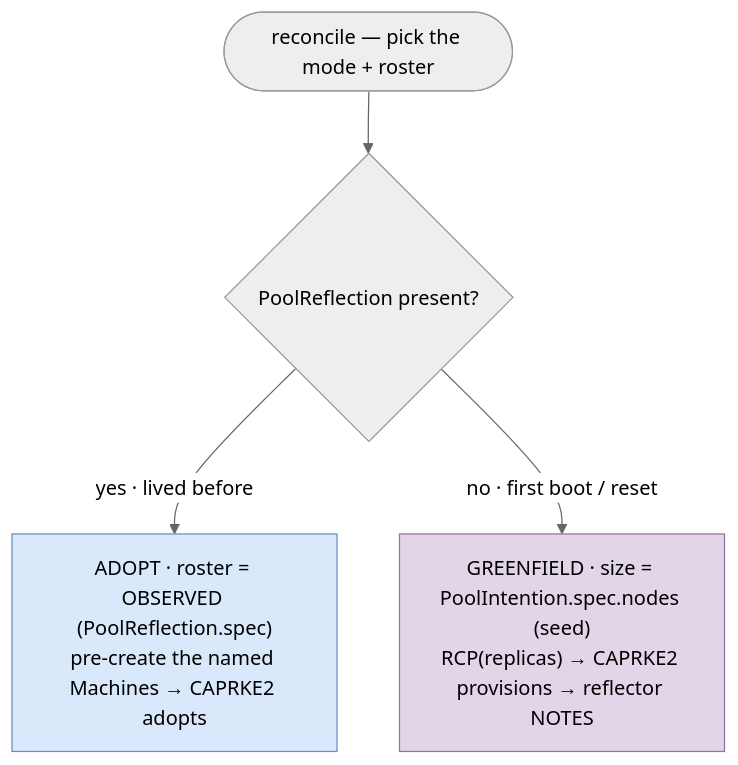
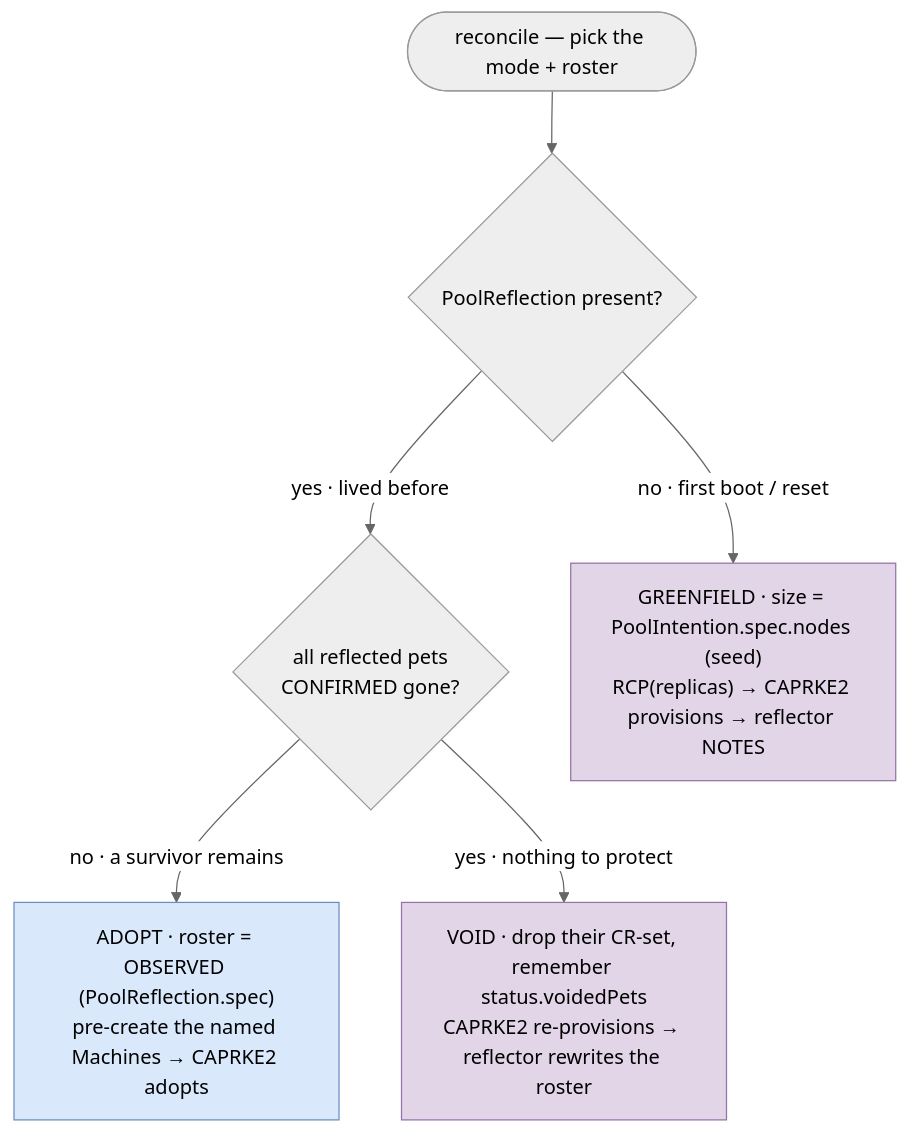
Before and after one commit to seedmatic/rke2lab: the tenth of 12 diagrams in docs/architecture/cluster-api/cluster-seeding-controller.adoc, drawn with Mermaid (neutral theme). The commit also changed other lines of this file and 3 other files, not shown here.

```diff
--- a/docs/architecture/cluster-api/cluster-seeding-controller.adoc
+++ b/docs/architecture/cluster-api/cluster-seeding-controller.adoc
@@ -1004,9 +1073,11 @@
 [mermaid,cluster-seeding-roster-precedence,svg]
 ----
 flowchart TD
   start(["reconcile — pick the mode + roster"]) --> q{"PoolReflection present?"}
-  q -->|"yes · lived before"| refl["ADOPT · roster = OBSERVED (PoolReflection.spec)<br/>pre-create the named Machines → CAPRKE2 adopts"]:::code
+  q -->|"yes · lived before"| gone{"all reflected pets<br/>CONFIRMED gone?"}
   q -->|"no · first boot / reset"| seed["GREENFIELD · size = PoolIntention.spec.nodes (seed)<br/>RCP(replicas) → CAPRKE2 provisions → reflector NOTES"]:::src
+  gone -->|"no · a survivor remains"| refl["ADOPT · roster = OBSERVED (PoolReflection.spec)<br/>pre-create the named Machines → CAPRKE2 adopts"]:::code
+  gone -->|"yes · nothing to protect"| void["VOID · drop their CR-set, remember status.voidedPets<br/>CAPRKE2 re-provisions → reflector rewrites the roster"]:::src
   classDef code fill:#dae8fc,stroke:#6c8ebf
   classDef src fill:#e1d5e7,stroke:#9673a6
 ----
```
